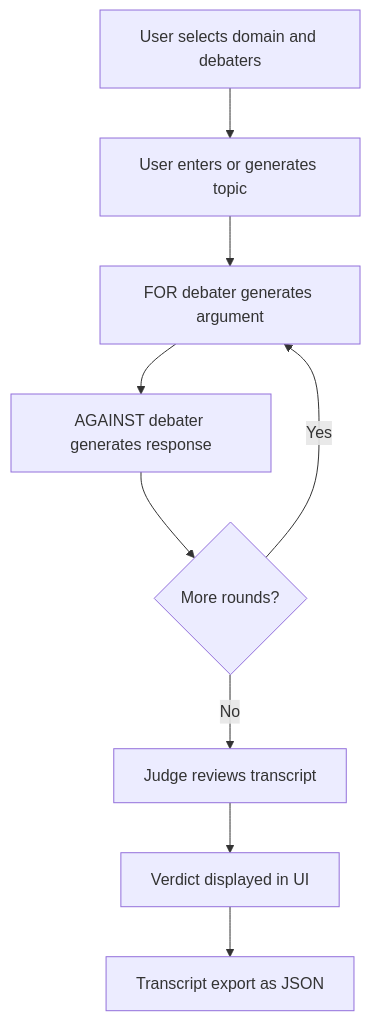
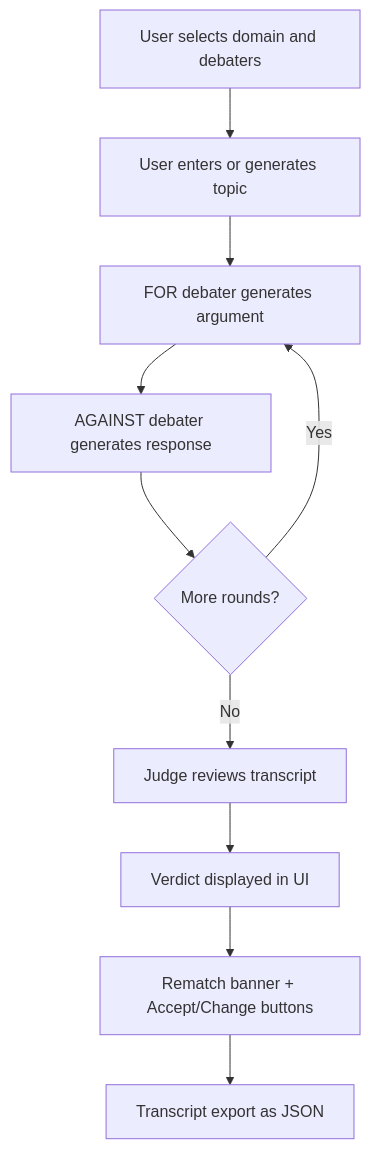
One commit to rajatthai/multi-agent-debate-engine changed the diagram in README.md. Above: the diagram before and after it, drawn with Mermaid. The commit also changed other lines of this file, not shown here.

````diff
--- a/README.md
+++ b/README.md
@@ -45,11 +48,12 @@
 ```mermaid
 flowchart TD
     A[User selects domain and debaters] --> B0[User enters or generates topic]
     B0 --> B[FOR debater generates argument]
     B --> C[AGAINST debater generates response]
     C --> D{More rounds?}
     D -- Yes --> B
     D -- No --> E[Judge reviews transcript]
     E --> F[Verdict displayed in UI]
-    F --> G[Transcript export as JSON]
+    F --> G[Rematch banner + Accept/Change buttons]
+    G --> H[Transcript export as JSON]
 ```
````
